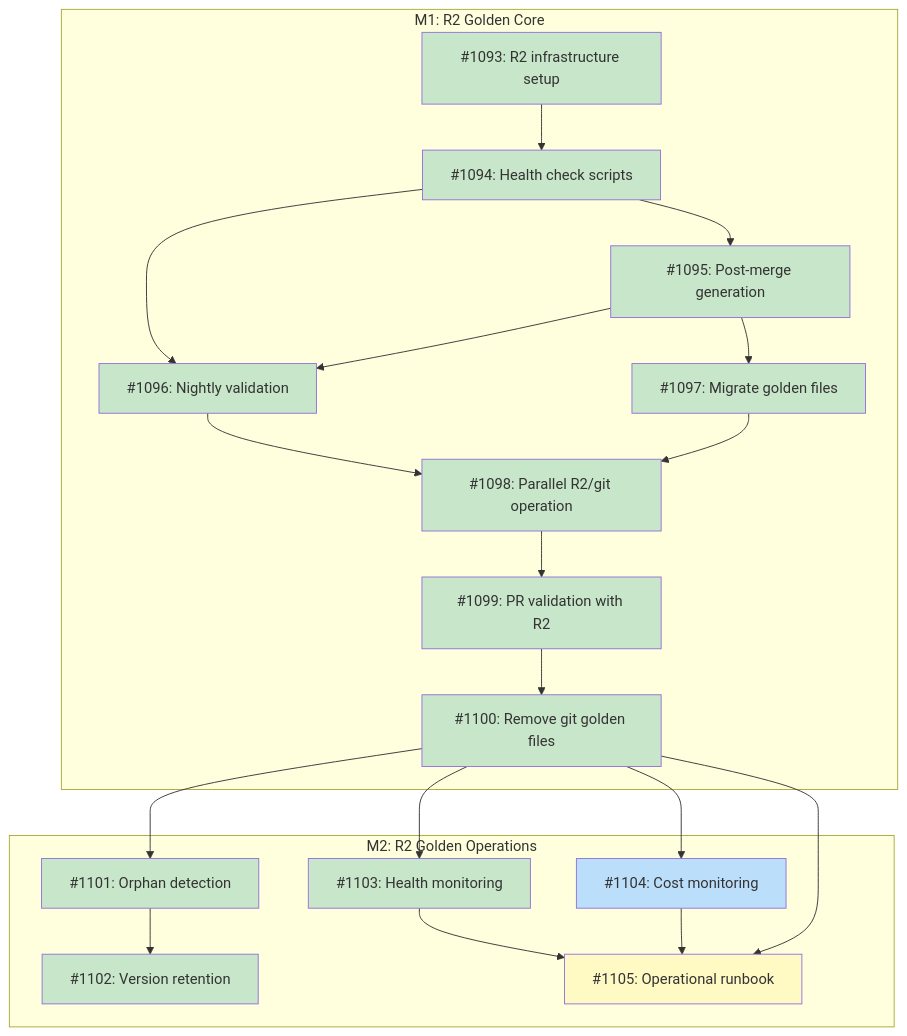
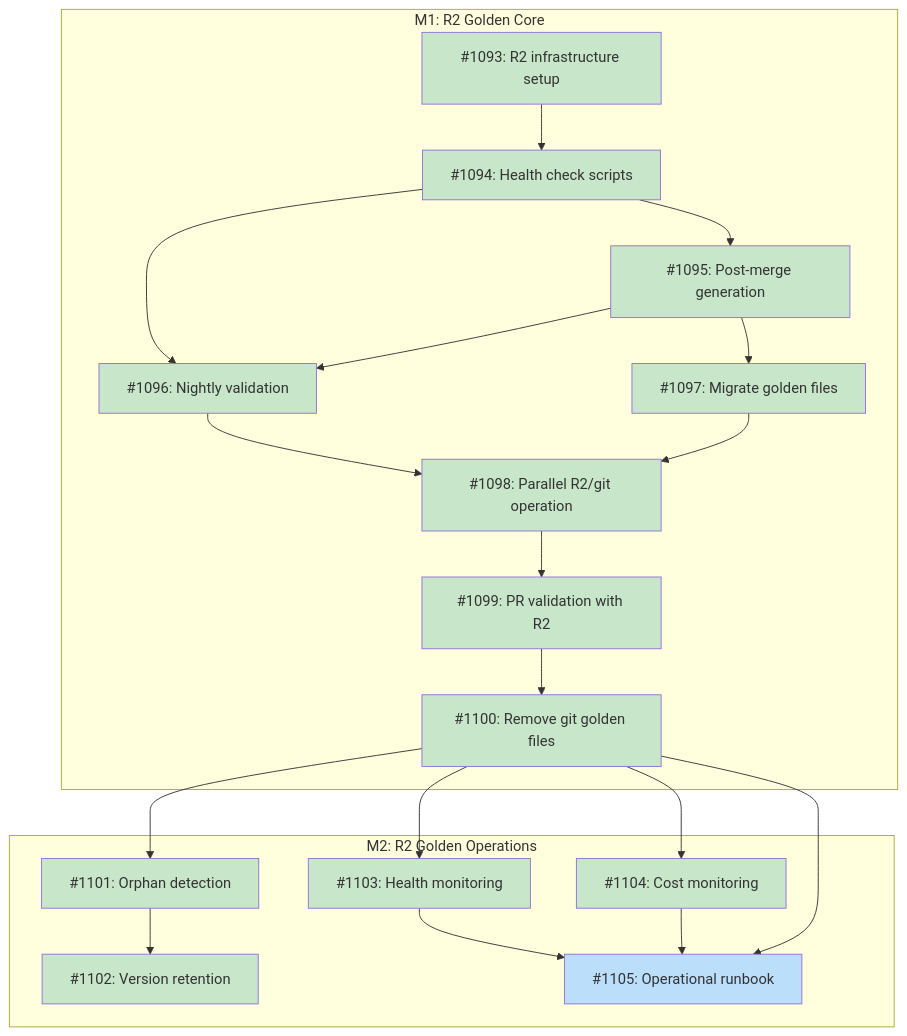
Before and after one commit to tsukumogami/tsuku: the diagram in docs/designs/DESIGN-r2-golden-storage.md, drawn with Mermaid. The commit also changed 1 other file, not shown here.

Commit message:
ci: add R2 cost monitoring alerts (#1143)
Adds scheduled workflow that monitors R2 storage usage and creates
GitHub
issues when approaching the 10 GB free tier limit.

The workflow runs weekly, calculates total storage by listing all
objects,
and creates an alert issue with the `r2-cost-alert` label when usage
exceeds
80% of the limit. The issue includes usage breakdown and actionable
recommendations for cleanup.

````diff
--- a/docs/designs/DESIGN-r2-golden-storage.md
+++ b/docs/designs/DESIGN-r2-golden-storage.md
@@ -41,47 +41,46 @@
 ```mermaid
 graph TD
     subgraph M1["M1: R2 Golden Core"]
         I1093["#1093: R2 infrastructure setup"]
         I1094["#1094: Health check scripts"]
         I1095["#1095: Post-merge generation"]
         I1096["#1096: Nightly validation"]
         I1097["#1097: Migrate golden files"]
         I1098["#1098: Parallel R2/git operation"]
         I1099["#1099: PR validation with R2"]
         I1100["#1100: Remove git golden files"]
     end
 
     subgraph M2["M2: R2 Golden Operations"]
         I1101["#1101: Orphan detection"]
         I1102["#1102: Version retention"]
         I1103["#1103: Health monitoring"]
         I1104["#1104: Cost monitoring"]
         I1105["#1105: Operational runbook"]
     end
 
     I1093 --> I1094
     I1094 --> I1095
     I1094 --> I1096
     I1095 --> I1096
     I1095 --> I1097
     I1096 --> I1098
     I1097 --> I1098
     I1098 --> I1099
     I1099 --> I1100
     I1100 --> I1101
     I1101 --> I1102
     I1100 --> I1103
     I1100 --> I1104
     I1103 --> I1105
     I1104 --> I1105
     I1100 --> I1105
 
     classDef done fill:#c8e6c9
     classDef ready fill:#bbdefb
     classDef blocked fill:#fff9c4
     classDef needsDesign fill:#e1bee7
 
-    class I1093,I1094,I1095,I1096,I1097,I1098,I1099,I1100,I1101,I1102,I1103 done
-    class I1104 ready
-    class I1105 blocked
+    class I1093,I1094,I1095,I1096,I1097,I1098,I1099,I1100,I1101,I1102,I1103,I1104 done
+    class I1105 ready
 ```
````
